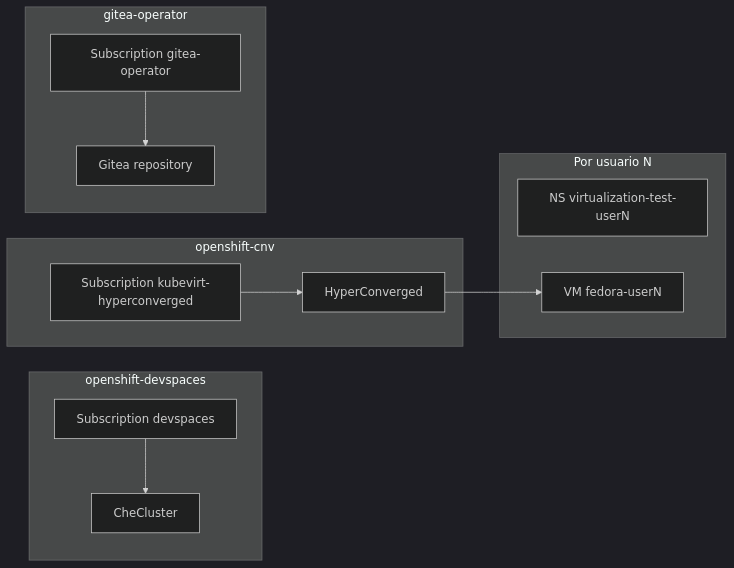
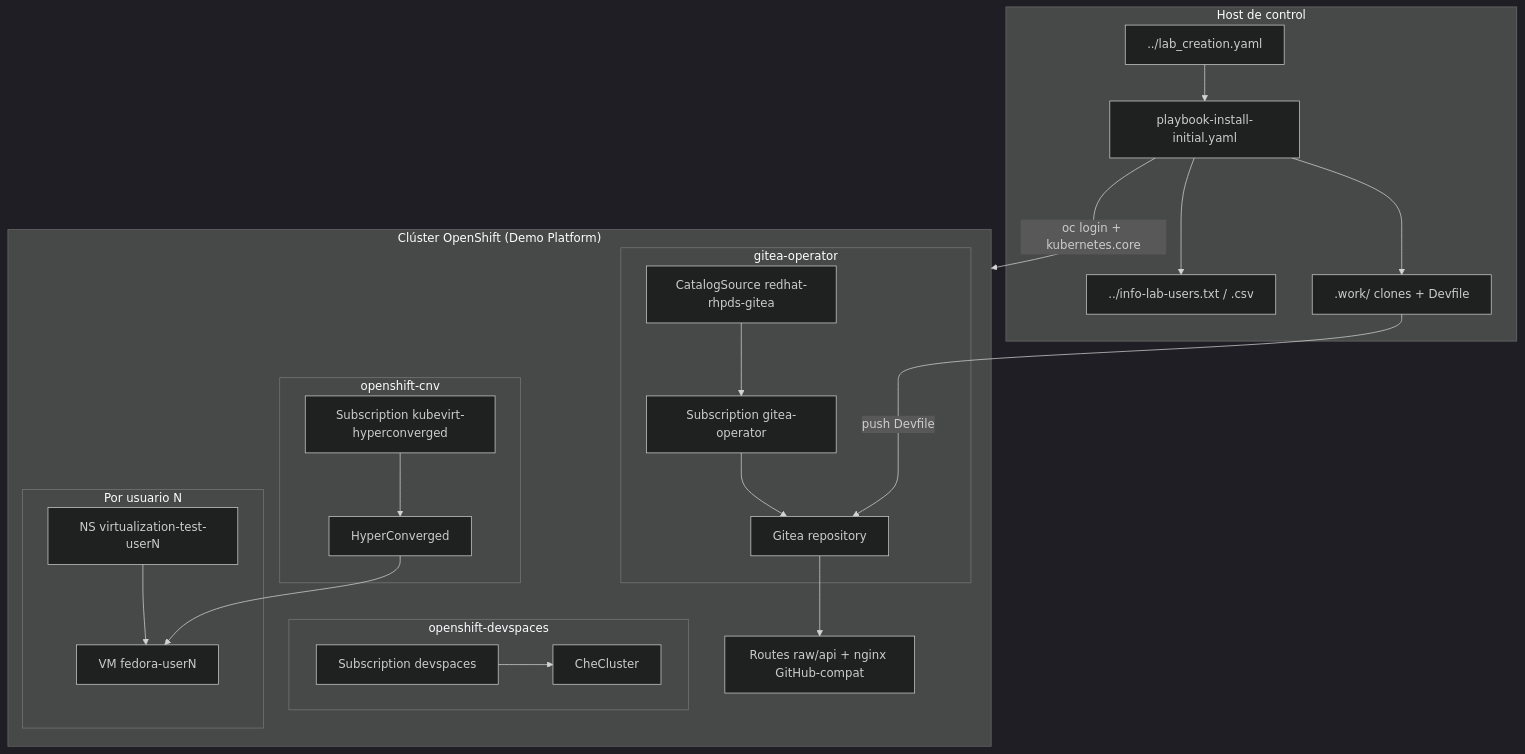
One commit to adelahozredhat/lab-devspaces-ansible changed the second of 2 diagrams in README.md. Above: the diagram before and after it, drawn with Mermaid (dark theme). The commit also changed other lines of this file and 17 other files, not shown here.

Commit message:
change installation to add supported routes of gitea for devspaces

````diff
--- a/README.md
+++ b/README.md
@@ -97,23 +241,42 @@
 ```mermaid
-flowchart LR
-  subgraph openshift-devspaces
-    DS_OP[Subscription devspaces]
-    DS_CR[CheCluster]
+flowchart TB
+  subgraph Control["Host de control"]
+    PB[playbook-install-initial.yaml]
+    LC[../lab_creation.yaml]
+    OUT[../info-lab-users.txt / .csv]
+    WORK[".work/ clones + Devfile"]
+    LC --> PB
+    PB --> OUT
+    PB --> WORK
   end
-  subgraph openshift-cnv
-    CNV_OP[Subscription kubevirt-hyperconverged]
-    HC[HyperConverged]
+
+  subgraph OCP["Clúster OpenShift (Demo Platform)"]
+    subgraph openshift-devspaces
+      DS_OP[Subscription devspaces]
+      DS_CR[CheCluster]
+      DS_OP --> DS_CR
+    end
+    subgraph openshift-cnv
+      CNV_OP[Subscription kubevirt-hyperconverged]
+      HC[HyperConverged]
+      CNV_OP --> HC
+    end
+    subgraph per_user["Por usuario N"]
+      NS[NS virtualization-test-userN]
+      VM[VM fedora-userN]
+      NS --> VM
+    end
+    subgraph gitea-operator
+      CS[CatalogSource redhat-rhpds-gitea]
+      GIT_OP[Subscription gitea-operator]
+      GIT_CR[Gitea repository]
+      CS --> GIT_OP --> GIT_CR
+    end
+    HC --> VM
+    RAW[Routes raw/api + nginx GitHub-compat]
+    GIT_CR --> RAW
   end
-  subgraph per_user["Por usuario N"]
-    NS[NS virtualization-test-userN]
-    VM[VM fedora-userN]
-  end
-  subgraph gitea-operator
-    GIT_OP[Subscription gitea-operator]
-    GIT_CR[Gitea repository]
-  end
-  DS_OP --> DS_CR
-  CNV_OP --> HC
-  HC --> VM
-  GIT_OP --> GIT_CR
+
+  PB -->|oc login + kubernetes.core| OCP
+  WORK -->|push Devfile| GIT_CR
 ```
````
